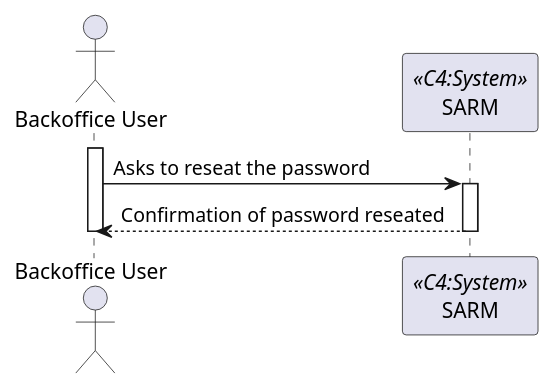
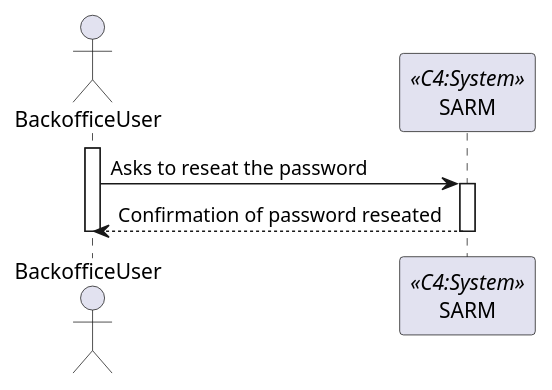
One commit to 1220846/sem5pi-24-25-3ddg20 changed the diagram in docs/sprint-a/us-5.1.2/views/level1/process-view.puml. Above: the diagram before and after it, drawn with PlantUML. The commit also changed 6 other files, not shown here.

```diff
--- a/docs/sprint-a/us-5.1.2/views/level1/process-view.puml
+++ b/docs/sprint-a/us-5.1.2/views/level1/process-view.puml
@@ -1,15 +1,15 @@
-@startuml ssdlevel1
+@startuml process-view
 
-actor "Backoffice User" as Admin
+actor "BackofficeUser" as User
 participant SYS as "SARM" <<C4:System>>
 
-activate Admin
+activate User
 
-    Admin -> SYS : Asks to reseat the password
+    User -> SYS : Asks to reseat the password
     activate SYS
         
-        SYS-->Admin: Confirmation of password reseated
+        SYS-->User: Confirmation of password reseated
     deactivate SYS
-deactivate Admin
+deactivate User
 
 @enduml
```
